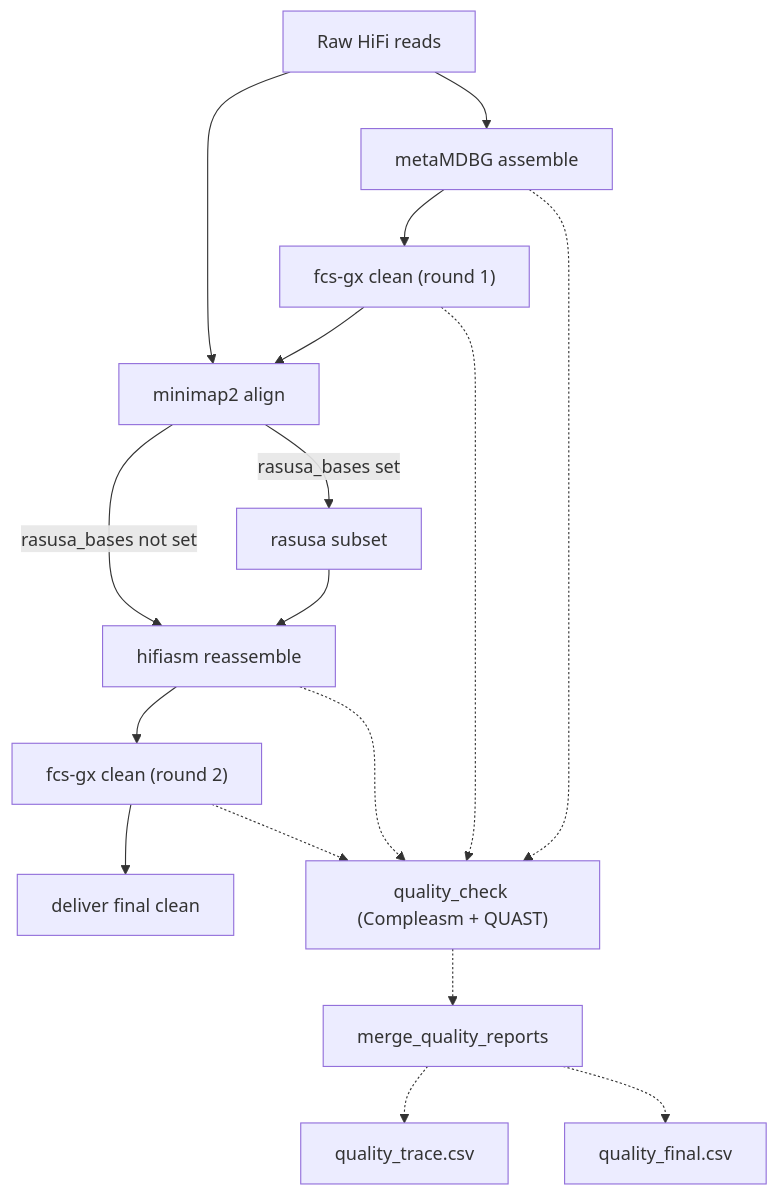
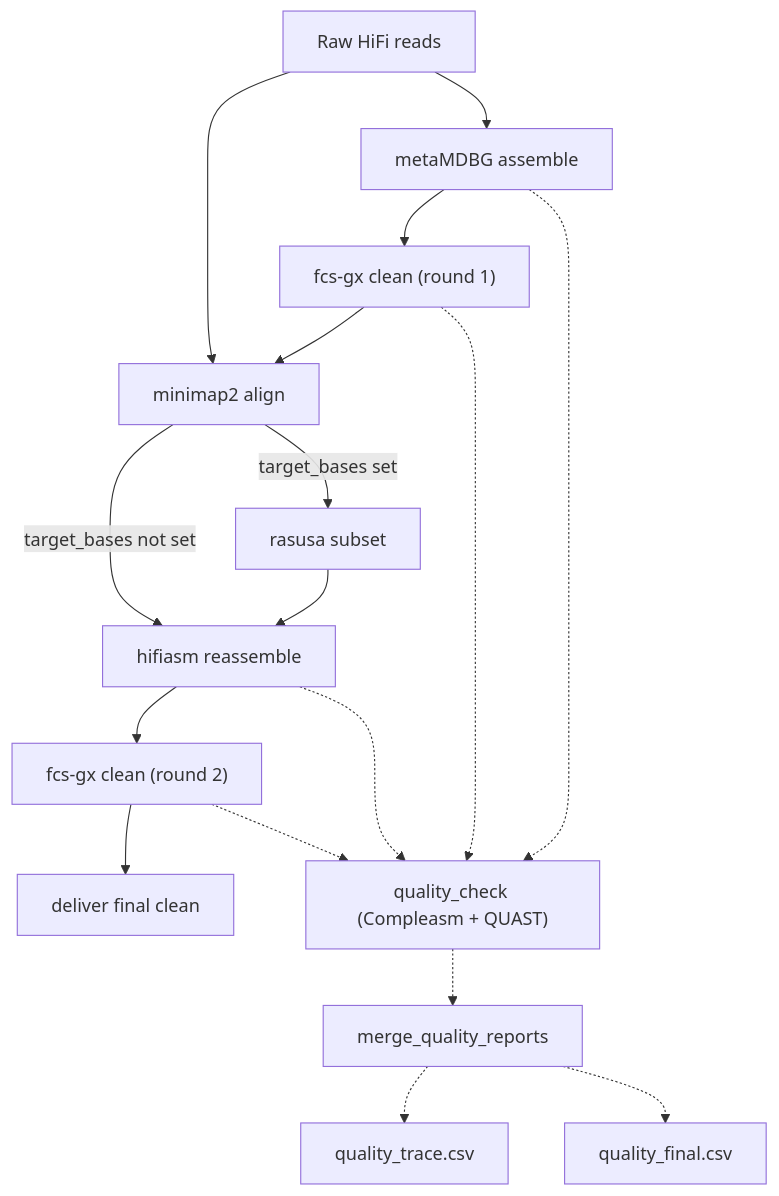
One commit to Yixuan39/targetasm changed the diagram in README.md. Above: the diagram before and after it, drawn with Mermaid. The commit also changed other lines of this file and 2 other files, not shown here.

Commit message:
Rename rasusa_bases parameter to target_bases for clarity and update related documentation

````diff
--- a/README.md
+++ b/README.md
@@ -19,21 +19,21 @@
 ```mermaid
 graph TD
     RAW["Raw HiFi reads"] --> MDBG["metaMDBG assemble"]
     MDBG --> FCS1["fcs-gx clean (round 1)"]
     FCS1 --> MM["minimap2 align"]
     RAW --> MM
-    MM -->|rasusa_bases set| RAS["rasusa subset"]
+    MM -->|target_bases set| RAS["rasusa subset"]
     RAS --> HIFI["hifiasm reassemble"]
-    MM -->|rasusa_bases not set| HIFI
+    MM -->|target_bases not set| HIFI
     HIFI --> FCS2["fcs-gx clean (round 2)"]
     FCS2 --> DELIVER["deliver final clean"]
     
     %% Optional QC branch
     MDBG -.-> QC["quality_check (Compleasm + QUAST)"]
     FCS1 -.-> QC
     HIFI -.-> QC
     FCS2 -.-> QC
     QC -.-> MERGE["merge_quality_reports"]
     MERGE -.-> TRACE["quality_trace.csv"]
     MERGE -.-> FINAL["quality_final.csv"]
 ```
````
